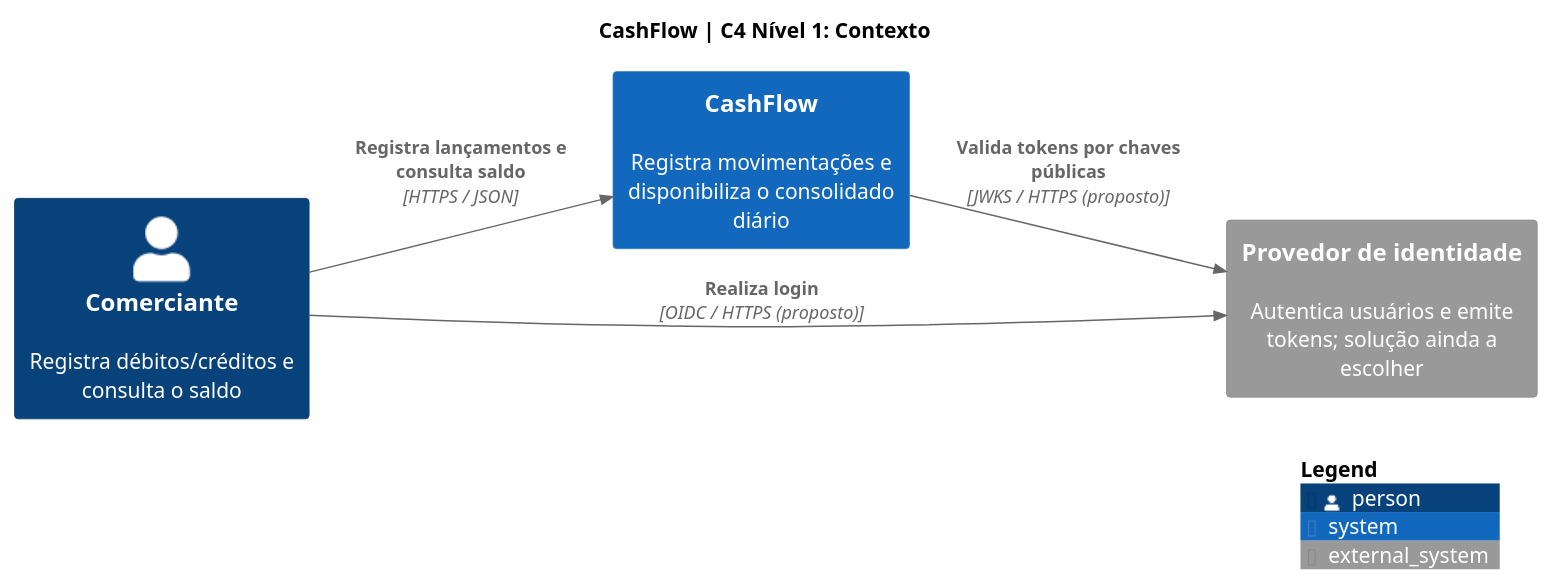
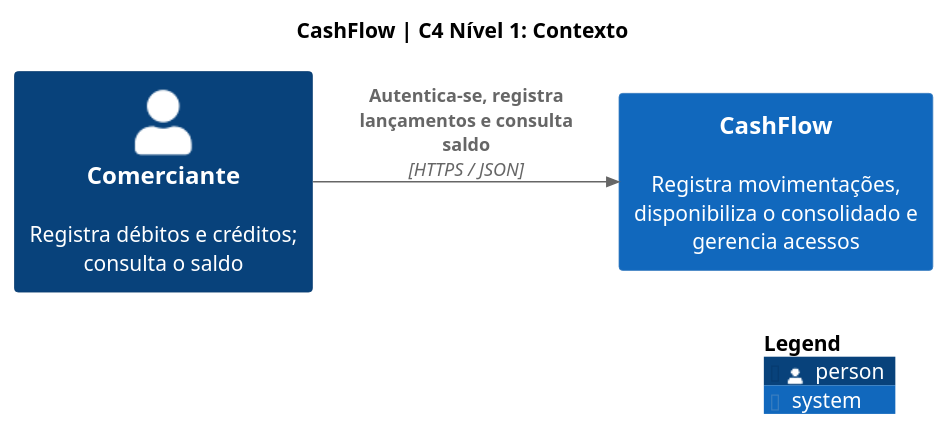
Before and after one commit to wolwerr/CashFlow-Architecture: the diagram in docs/architecture/plantuml/c4-context.puml, drawn with PlantUML.

Commit message:
docs(architecture): model internal IAM service, tenant access and auth data (#6)

```diff
--- a/docs/architecture/plantuml/c4-context.puml
+++ b/docs/architecture/plantuml/c4-context.puml
@@ -1,12 +1,9 @@
 @startuml CashFlow_Context
 !include <C4/C4_Context>
 title CashFlow | C4 Nível 1: Contexto
 LAYOUT_LEFT_RIGHT()
-Person(comerciante, "Comerciante", "Registra débitos/créditos e consulta o saldo")
-System(cashflow, "CashFlow", "Registra movimentações e disponibiliza o consolidado diário")
-System_Ext(identidade, "Provedor de identidade", "Autentica usuários e emite tokens; solução ainda a escolher")
-Rel(comerciante, cashflow, "Registra lançamentos e consulta saldo", "HTTPS / JSON")
-Rel(comerciante, identidade, "Realiza login", "OIDC / HTTPS (proposto)")
-Rel(cashflow, identidade, "Valida tokens por chaves públicas", "JWKS / HTTPS (proposto)")
+Person(comerciante, "Comerciante", "Registra débitos e créditos; consulta o saldo")
+System(cashflow, "CashFlow", "Registra movimentações, disponibiliza o consolidado e gerencia acessos")
+Rel(comerciante, cashflow, "Autentica-se, registra lançamentos e consulta saldo", "HTTPS / JSON")
 SHOW_LEGEND()
 @enduml
```
